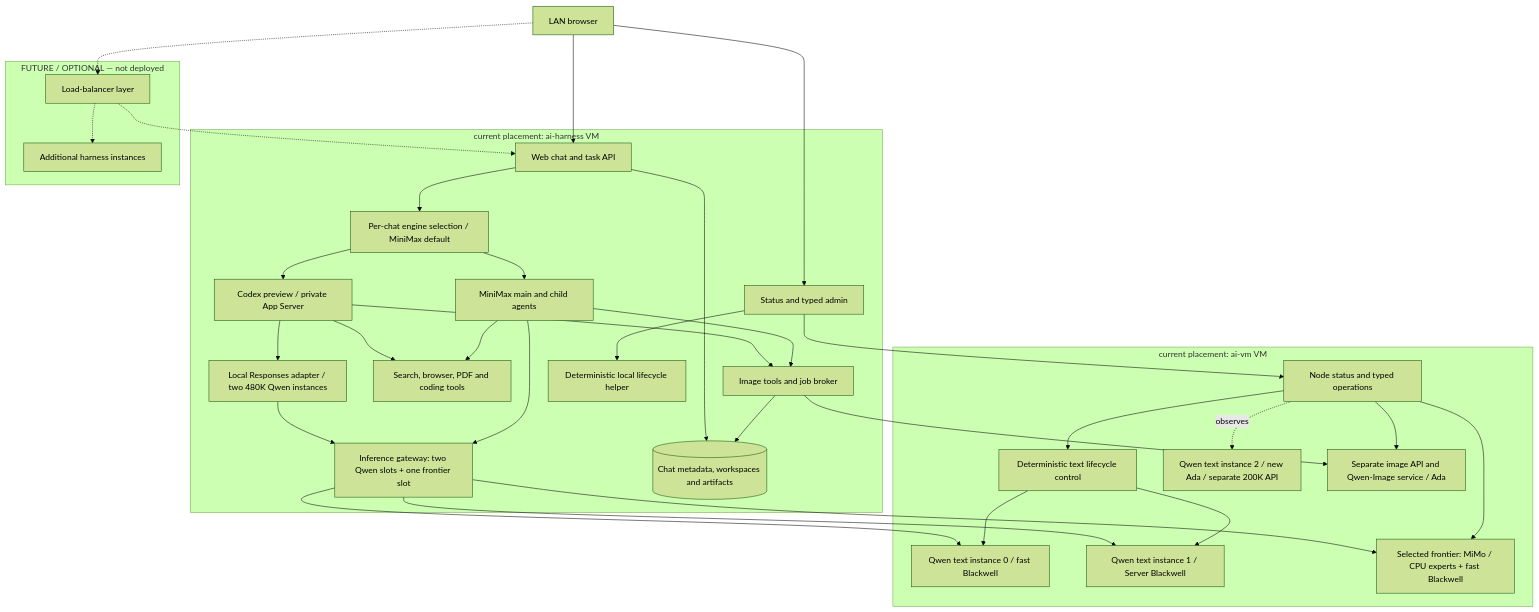
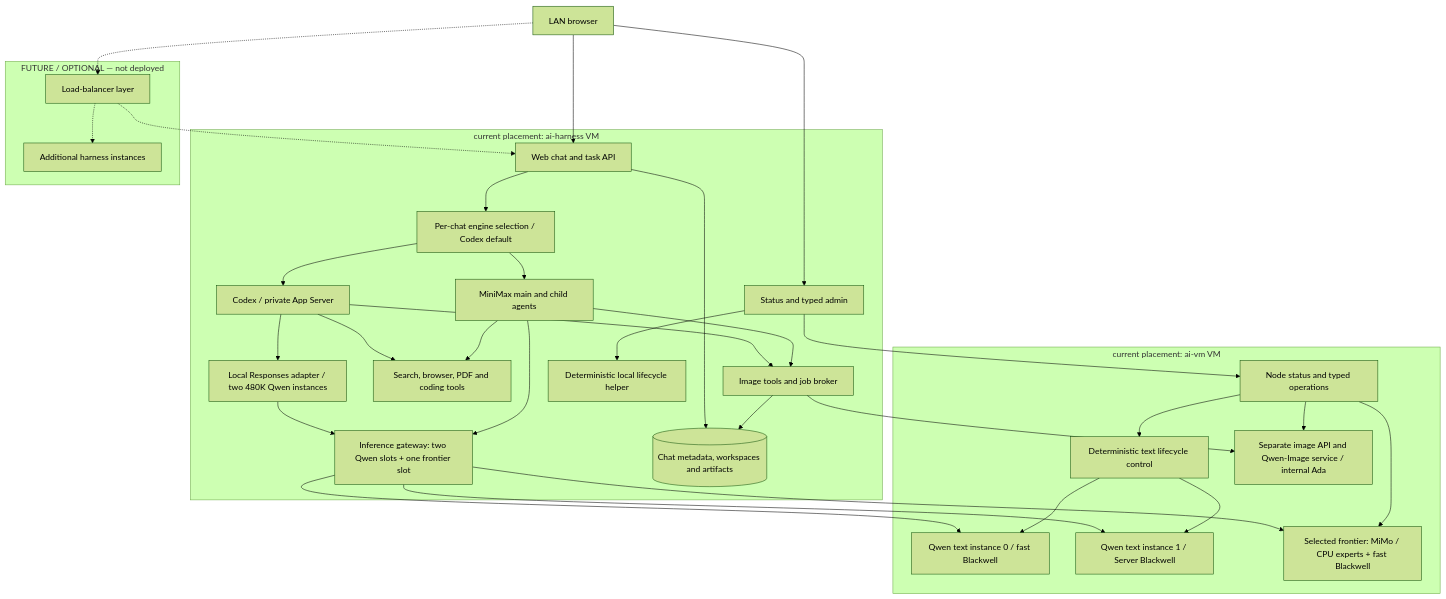
The diagram in README.md (djeZo888/mixed-memory-llm-api-server), drawn with Mermaid (forest theme) before and after one commit. The commit also changed other lines of this file and 5 other files, not shown here.

````diff
--- a/README.md
+++ b/README.md
@@ -56,59 +60,57 @@
 ```mermaid
 flowchart TB
     User["LAN browser"]
     subgraph H["current placement: ai-harness VM"]
         Web["Web chat and task API"]
-        Engines["Per-chat engine selection / MiniMax default"]
+        Engines["Per-chat engine selection / Codex default"]
         Agent["MiniMax main and child agents"]
-        Codex["Codex preview / private App Server"]
+        Codex["Codex / private App Server"]
         Responses["Local Responses adapter / two 480K Qwen instances"]
         Tools["Search, browser, PDF and coding tools"]
         Gateway["Inference gateway: two Qwen slots + one frontier slot"]
         ImageJobs["Image tools and job broker"]
         Data[("Chat metadata, workspaces and artifacts")]
         Status["Status and typed admin"]
         Helper["Deterministic local lifecycle helper"]
     end
     subgraph M["current placement: ai-vm VM"]
         Node["Node status and typed operations"]
         Control["Deterministic text lifecycle control"]
         Q0["Qwen text instance 0 / fast Blackwell"]
         Q1["Qwen text instance 1 / Server Blackwell"]
-        Q2["Qwen text instance 2 / new Ada / separate 200K API"]
         Frontier["Selected frontier: MiMo / CPU experts + fast Blackwell"]
-        Image["Separate image API and Qwen-Image service / Ada"]
+        Image["Separate image API and Qwen-Image service / internal Ada"]
     end
     subgraph Future["FUTURE / OPTIONAL — not deployed"]
         LB["Load-balancer layer"]
         Replicas["Additional harness instances"]
     end
     User --> Web
     User --> Status
     Web --> Engines
     Engines --> Agent
     Engines --> Codex
     Codex --> Responses
     Responses --> Gateway
     Codex --> Tools
     Codex --> ImageJobs
     Web --> Data
     Agent --> Tools
     Agent --> Gateway
     Agent --> ImageJobs
     ImageJobs --> Data
     Gateway --> Q0
     Gateway --> Q1
     Gateway --> Frontier
     ImageJobs --> Image
     Status --> Node
     Status --> Helper
     Node --> Control
     Node --> Image
     Node --> Frontier
-    Node -. observes .-> Q2
     Control --> Q0
     Control --> Q1
     User -.-> LB
     LB -.-> Web
     LB -.-> Replicas
 ```
````
